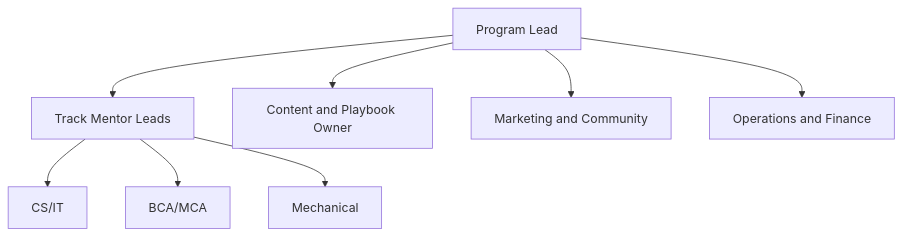
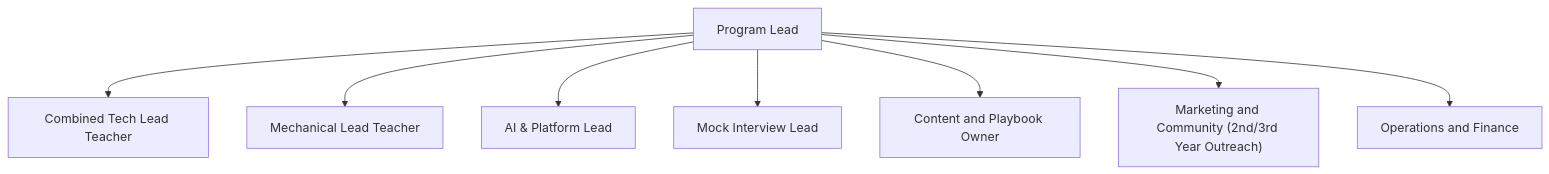
The diagram in team/roles.md (Anshitva7mishra/nms-placement-cohort), drawn with Mermaid before and after one commit. The commit also changed other lines of this file and 24 other files, not shown here.

````diff
--- a/team/roles.md
+++ b/team/roles.md
@@ -19,10 +20,10 @@
 ```mermaid
 flowchart TD
-    A["Program Lead"] --> B["Track Mentor Leads"]
-    A --> C["Content and Playbook Owner"]
-    A --> D["Marketing and Community"]
-    A --> E["Operations and Finance"]
-    B --> F["CS/IT"]
-    B --> G["BCA/MCA"]
-    B --> H["Mechanical"]
+    A["Program Lead"] --> B["Combined Tech Lead Teacher"]
+    A --> C["Mechanical Lead Teacher"]
+    A --> D["AI & Platform Lead"]
+    A --> E["Mock Interview Lead"]
+    A --> F["Content and Playbook Owner"]
+    A --> G["Marketing and Community (2nd/3rd Year Outreach)"]
+    A --> H["Operations and Finance"]
 ```
````
